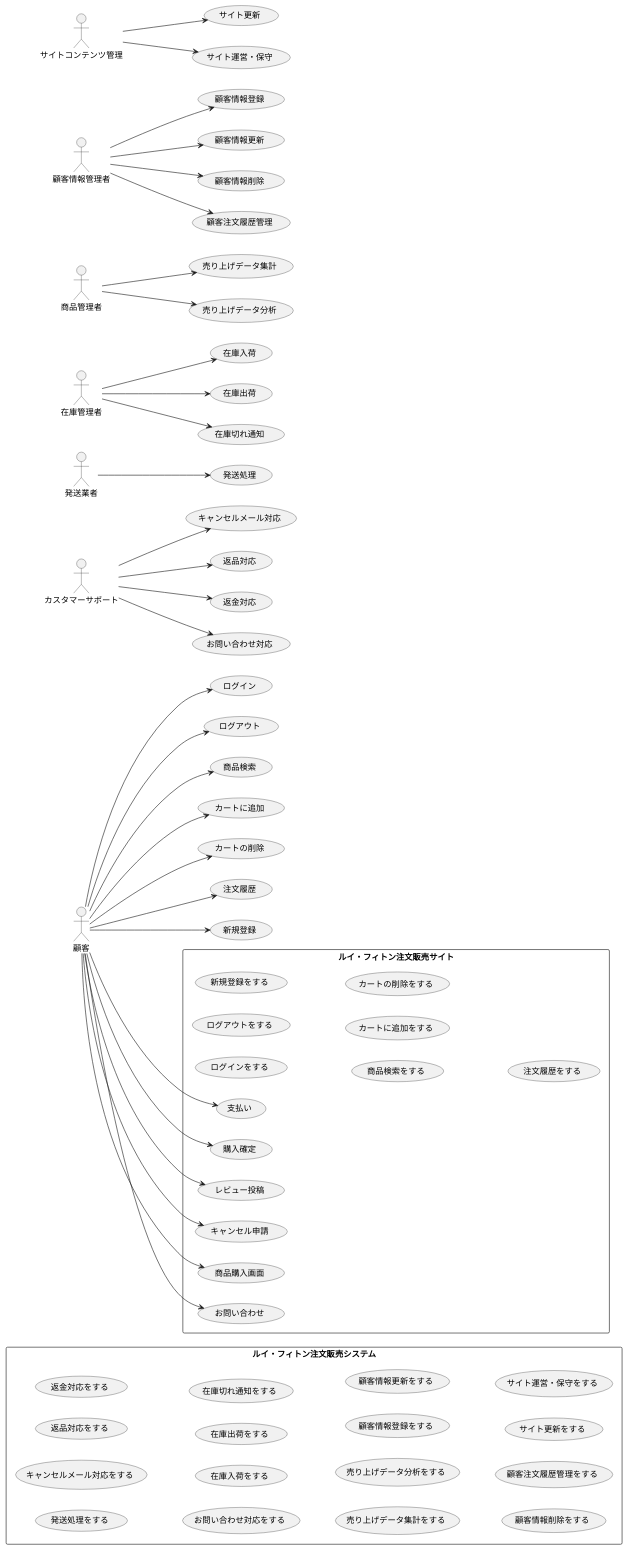
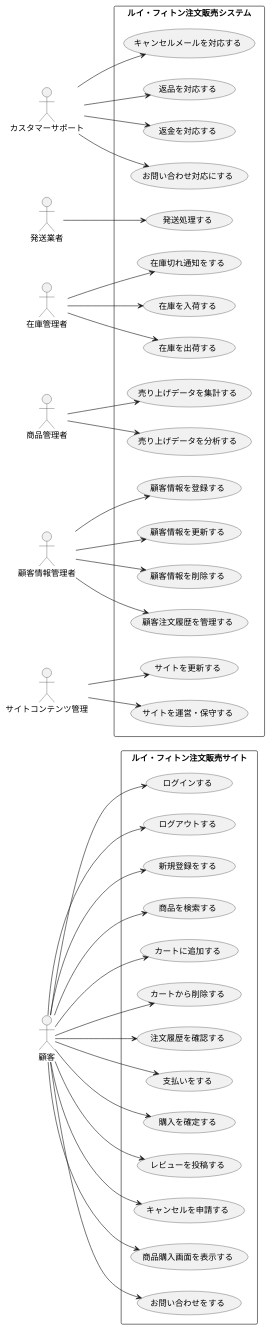
The diagram in ecommerce_usecase.pu (mameiku/group3-4), drawn with PlantUML before and after one commit.

Commit message:
ユースケース図の修正

```diff
--- a/ecommerce_usecase.pu
+++ b/ecommerce_usecase.pu
@@ -1,98 +1,98 @@
 @startuml
 left to right direction
 
 actor 顧客
 actor カスタマーサポート
 actor 発送業者
 actor 在庫管理者
 actor 商品管理者
 actor 顧客情報管理者
 actor サイトコンテンツ管理
 
 rectangle "ルイ・フィトン注文販売システム" {
 
   ' --- 管理者 ---
-  (発送処理をする)
+  (発送処理する)
 
-  (キャンセルメール対応をする)
-  (返品対応をする)
-  (返金対応をする)
-  (お問い合わせ対応をする)
+  (キャンセルメールを対応する)
+  (返品を対応する)
+  (返金を対応する)
+  (お問い合わせ対応にする)
 
-  (在庫入荷をする)
-  (在庫出荷をする)
+  (在庫を入荷する)
+  (在庫を出荷する)
   (在庫切れ通知をする)
 
-  (売り上げデータ集計をする)
-  (売り上げデータ分析をする)
+  (売り上げデータを集計する)
+  (売り上げデータを分析する)
 
   '--- 顧客情報管理者 ---
-  (顧客情報登録をする)
-  (顧客情報更新をする)
-  (顧客情報削除をする)
-  (顧客注文履歴管理をする)
+  (顧客情報を登録する)
+  (顧客情報を更新する)
+  (顧客情報を削除する)
+  (顧客注文履歴を管理する)
 
-  (サイト更新をする)
-  (サイト運営・保守をする)
+  (サイトを更新する)
+  (サイトを運営・保守する)
 
 }
 
 
 rectangle "ルイ・フィトン注文販売サイト" {
     ' --- 顧客 ---
-  (ログインをする)
-  (ログアウトをする)
+  (ログインする)
+  (ログアウトする)
   (新規登録をする)
-  (商品検索をする)
-  (カートに追加をする)
-  (カートの削除をする)
-  (注文履歴をする)
-  (支払い)
-  (購入確定)
-  (レビュー投稿)
-  (キャンセル申請)
-  (商品購入画面)
-  (お問い合わせ)
+  (商品を検索する)
+  (カートに追加する)
+  (カートから削除する)
+  (注文履歴を確認する)
+  (支払いをする)
+  (購入を確定する)
+  (レビューを投稿する)
+  (キャンセルを申請する)
+  (商品購入画面を表示する)
+  (お問い合わせをする)
 }
 
 
 ' 顧客の動き
-顧客 --> (ログイン)
-顧客 --> (ログアウト)
-顧客 --> (商品検索)
-顧客 --> (カートに追加)
-顧客 --> (カートの削除)
-顧客 --> (注文履歴)
-顧客 --> (新規登録)
-顧客 --> (支払い)
-顧客 --> (購入確定)
-顧客 --> (レビュー投稿)
-顧客 --> (キャンセル申請)
-顧客 --> (商品購入画面)
-顧客 --> (お問い合わせ)
+顧客 --> (ログインする)
+顧客 --> (ログアウトする)
+顧客 --> (商品を検索する)
+顧客 --> (カートに追加する)
+顧客 --> (カートから削除する)
+顧客 --> (注文履歴を確認する)
+顧客 --> (新規登録をする)
+顧客 --> (支払いをする)
+顧客 --> (購入を確定する)
+顧客 --> (レビューを投稿する)
+顧客 --> (キャンセルを申請する)
+顧客 --> (商品購入画面を表示する)
+顧客 --> (お問い合わせをする)
 
 ' 管理者などの動き
-在庫管理者 --> (在庫入荷)
-在庫管理者 --> (在庫出荷)
-在庫管理者 --> (在庫切れ通知)
+在庫管理者 --> (在庫を入荷する)
+在庫管理者 --> (在庫を出荷する)
+在庫管理者 --> (在庫切れ通知をする)
 
-商品管理者 --> (売り上げデータ集計)
-商品管理者 --> (売り上げデータ分析)
+商品管理者 --> (売り上げデータを集計する)
+商品管理者 --> (売り上げデータを分析する)
 
 '発送業者とカスタマーサポートの追加
-発送業者 --> (発送処理)
+発送業者 --> (発送処理する)
 
-カスタマーサポート --> (キャンセルメール対応)
-カスタマーサポート --> (返品対応)
-カスタマーサポート --> (返金対応)
-カスタマーサポート --> (お問い合わせ対応)
+カスタマーサポート --> (キャンセルメールを対応する)
+カスタマーサポート --> (返品を対応する)
+カスタマーサポート --> (返金を対応する)
+カスタマーサポート --> (お問い合わせ対応にする)
 
-顧客情報管理者 --> (顧客情報登録)
-顧客情報管理者 --> (顧客情報更新)
-顧客情報管理者 --> (顧客情報削除)
-顧客情報管理者 --> (顧客注文履歴管理)
+顧客情報管理者 --> (顧客情報を登録する)
+顧客情報管理者 --> (顧客情報を更新する)
+顧客情報管理者 --> (顧客情報を削除する)
+顧客情報管理者 --> (顧客注文履歴を管理する)
 
-サイトコンテンツ管理 --> (サイト更新)
-サイトコンテンツ管理 --> (サイト運営・保守)
+サイトコンテンツ管理 --> (サイトを更新する)
+サイトコンテンツ管理 --> (サイトを運営・保守する)
 
 @enduml
```
